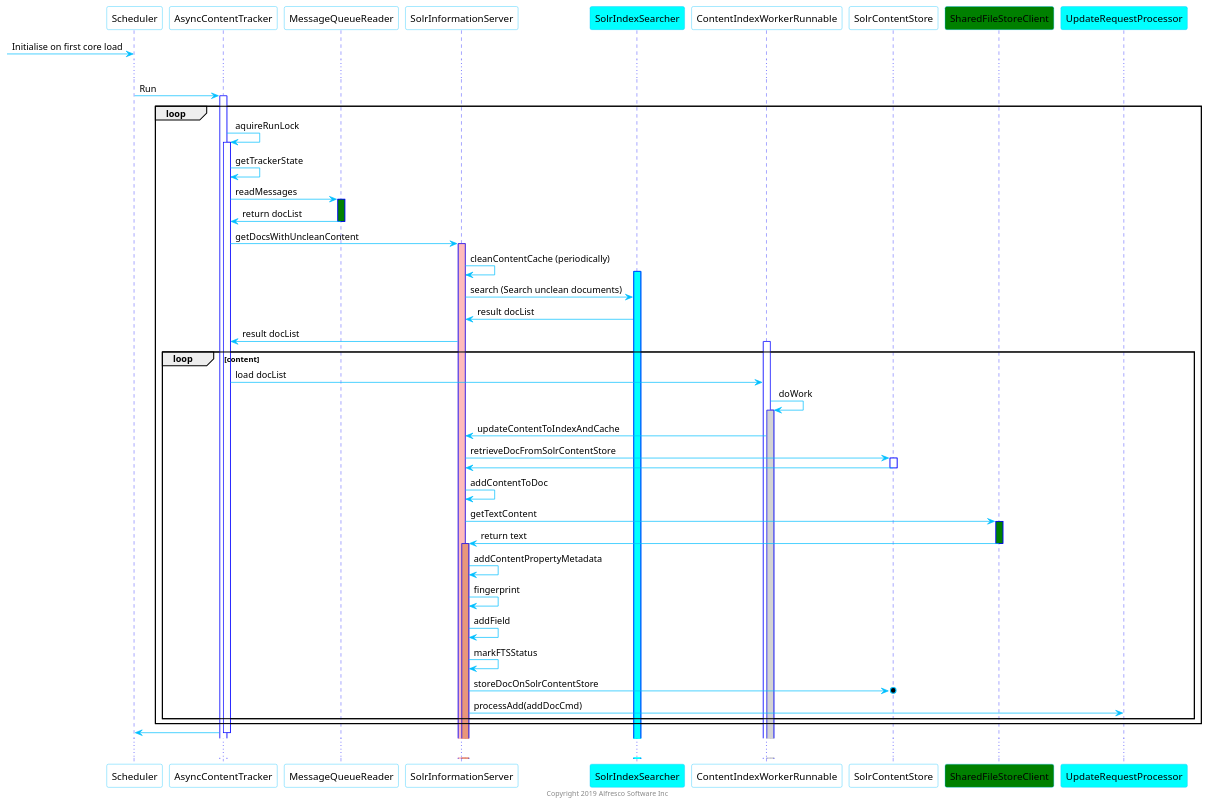
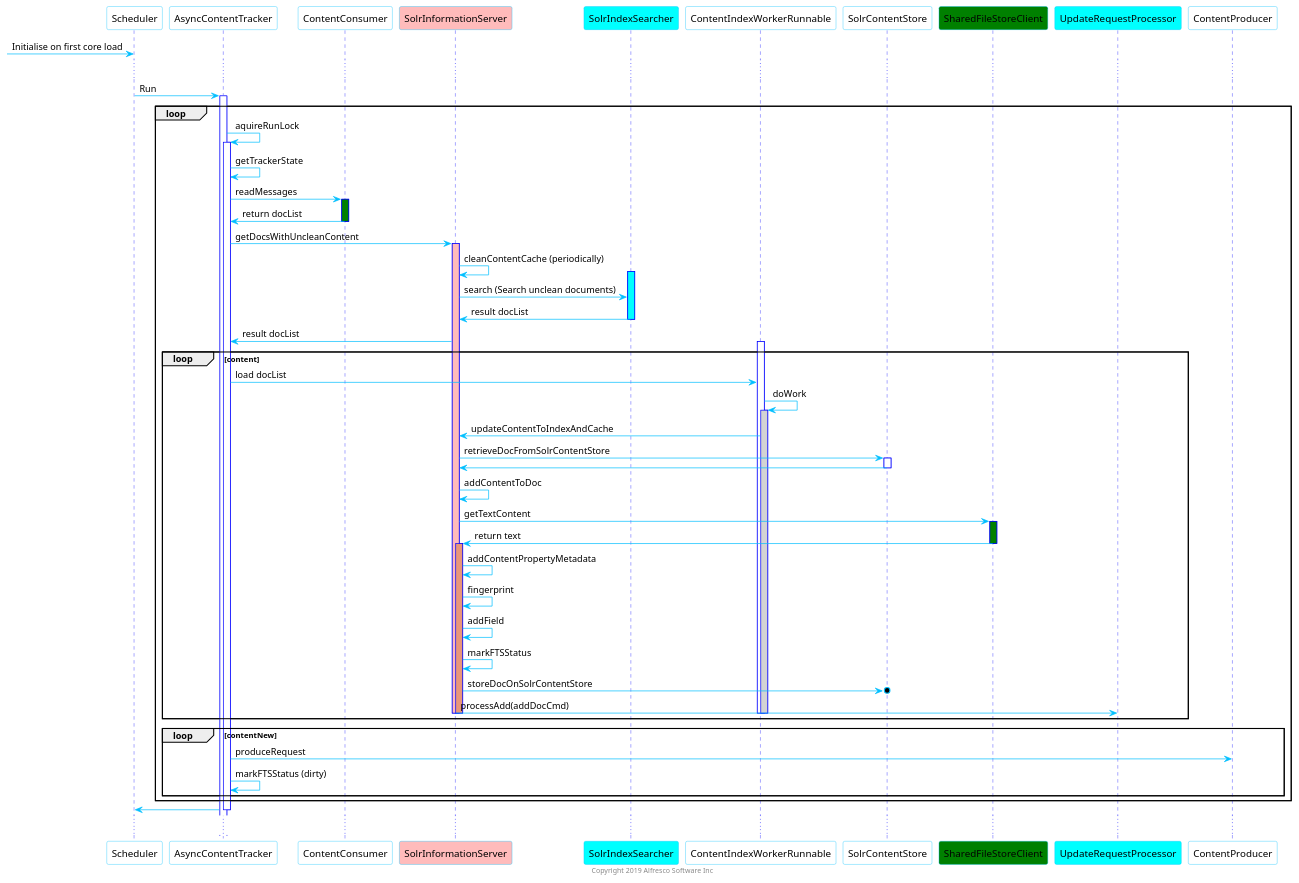
The diagram in search-services/alfresco-search/doc/architecture/AsyncContentTracker/sequence-AsyncContentTracker.puml (Alfresco/SearchServices), drawn with PlantUML before and after one commit.

Commit message:
SEARCH-000, updating async content tracker sequence diagram

```diff
--- a/search-services/alfresco-search/doc/architecture/AsyncContentTracker/sequence-AsyncContentTracker.puml
+++ b/search-services/alfresco-search/doc/architecture/AsyncContentTracker/sequence-AsyncContentTracker.puml
@@ -1,63 +1,73 @@
 @startuml
 skinparam  sequence  {
 	ArrowColor DeepSkyBlue
 	ActorBorderColor DeepSkyBlue
 	LifeLineBorderColor blue
 	ParticipantBorderColor DeepSkyBlue
 	ParticipantBackgroundColor white
 }
 
  [-> Scheduler : Initialise on first core load
 
  ...
  Scheduler -> AsyncContentTracker: Run
  activate AsyncContentTracker
  loop  
     AsyncContentTracker -> AsyncContentTracker: aquireRunLock
     activate AsyncContentTracker
     AsyncContentTracker -> AsyncContentTracker: getTrackerState
-    AsyncContentTracker -> MessageQueueReader: readMessages
-    participant MessageQueueReader  #green
-    activate MessageQueueReader  #green
-    AsyncContentTracker <- MessageQueueReader: return docList
-    deactivate MessageQueueReader
+    AsyncContentTracker -> ContentConsumer: readMessages
+    participant ContentConsumer  #green
+    activate ContentConsumer  #Green
+    AsyncContentTracker <- ContentConsumer: return docList
+    deactivate ContentConsumer
+    participant SolrInformationServer #FFBBBB
     AsyncContentTracker -> SolrInformationServer: getDocsWithUncleanContent
     activate SolrInformationServer  #FFBBBB
     SolrInformationServer -> SolrInformationServer: cleanContentCache (periodically)
     participant SolrIndexSearcher  #aqua
     activate SolrIndexSearcher #aqua
     SolrInformationServer -> SolrIndexSearcher: search (Search unclean documents)
     SolrIndexSearcher -> SolrInformationServer: result docList
+    deactivate SolrIndexSearcher
     AsyncContentTracker <- SolrInformationServer: result docList
     loop content
        activate ContentIndexWorkerRunnable
        AsyncContentTracker -> ContentIndexWorkerRunnable: load docList
        ContentIndexWorkerRunnable -> ContentIndexWorkerRunnable: doWork
        activate ContentIndexWorkerRunnable #lightgrey
        ContentIndexWorkerRunnable -> SolrInformationServer: updateContentToIndexAndCache
        SolrInformationServer -> SolrContentStore: retrieveDocFromSolrContentStore
        activate SolrContentStore
        SolrContentStore -> SolrInformationServer
        deactivate SolrContentStore
        SolrInformationServer -> SolrInformationServer: addContentToDoc
        participant SharedFileStoreClient #green
        SolrInformationServer -> SharedFileStoreClient: getTextContent
        activate SharedFileStoreClient #green
        SolrInformationServer <- SharedFileStoreClient: return text
        deactivate SharedFileStoreClient
        activate SolrInformationServer #DarkSalmon
        SolrInformationServer -> SolrInformationServer:addContentPropertyMetadata 
        SolrInformationServer -> SolrInformationServer:fingerprint
        SolrInformationServer -> SolrInformationServer:addField
        SolrInformationServer -> SolrInformationServer:markFTSStatus
        SolrInformationServer ->o  SolrContentStore:storeDocOnSolrContentStore
        participant UpdateRequestProcessor  #aqua
        SolrInformationServer -> UpdateRequestProcessor:processAdd(addDocCmd)
+       deactivate ContentIndexWorkerRunnable
+       deactivate ContentIndexWorkerRunnable
+       deactivate SolrInformationServer
+       deactivate SolrInformationServer
+    end
+    loop contentNew
+    	AsyncContentTracker -> ContentProducer:produceRequest
+    	AsyncContentTracker -> AsyncContentTracker:markFTSStatus (dirty)
     end
 end    
  AsyncContentTracker -> Scheduler
  deactivate AsyncContentTracker
 ...
  center footer Copyright 2019 Alfresco Software Inc
  
  @enduml
```
